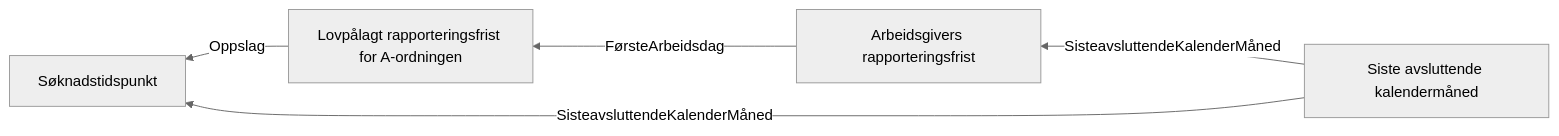
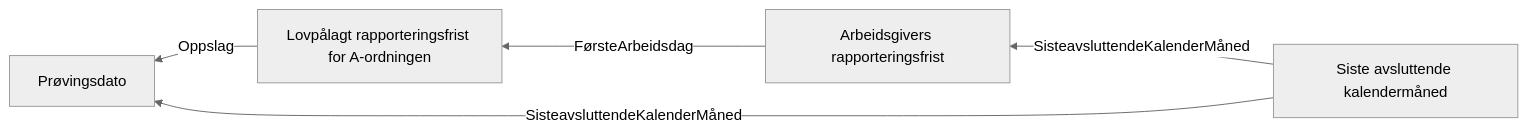
One commit to navikt/dp-vedtak changed the diagram in docs/regler/Dagpengeforskriften § 3A-2. Siste avsluttede kalendermåned.approved.md. Above: the diagram before and after it, drawn with Mermaid (neutral theme). The commit also changed 41 other files, not shown here.

Commit message:
Bytt ut søknadstidspunkt med prøvingsdato i reglene

````diff
--- a/docs/regler/Dagpengeforskriften § 3A-2. Siste avsluttede kalendermåned.approved.md
+++ b/docs/regler/Dagpengeforskriften § 3A-2. Siste avsluttede kalendermåned.approved.md
@@ -5,7 +5,7 @@
 ```mermaid
 graph RL
-  A["Lovpålagt rapporteringsfrist for A-ordningen"] -->|"Oppslag"| B["Søknadstidspunkt"]
+  A["Lovpålagt rapporteringsfrist for A-ordningen"] -->|"Oppslag"| B["Prøvingsdato"]
   C["Arbeidsgivers rapporteringsfrist"] -->|"FørsteArbeidsdag"| A["Lovpålagt rapporteringsfrist for A-ordningen"]
-  D["Siste avsluttende kalendermåned"] -->|"SisteavsluttendeKalenderMåned"| B["Søknadstidspunkt"]
+  D["Siste avsluttende kalendermåned"] -->|"SisteavsluttendeKalenderMåned"| B["Prøvingsdato"]
   D["Siste avsluttende kalendermåned"] -->|"SisteavsluttendeKalenderMåned"| C["Arbeidsgivers rapporteringsfrist"]
 ```
````
